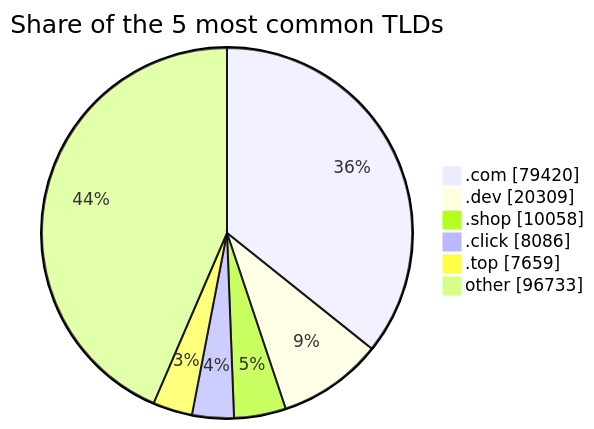
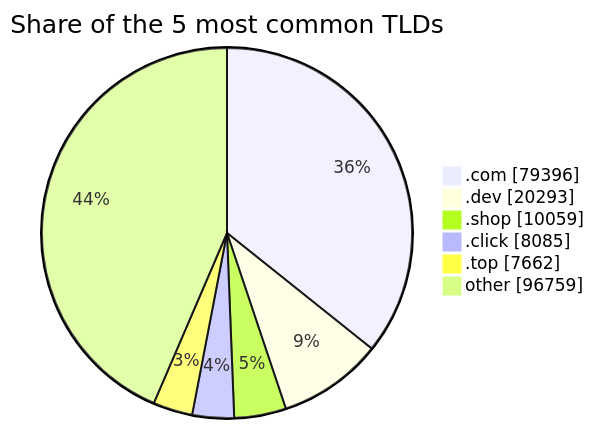
One commit to DNSBunker/CTI changed the third of 3 diagrams in README.md. Above: the diagram before and after it, drawn with Mermaid. The commit also changed other lines of this file and 3 other files, not shown here.

````diff
--- a/README.md
+++ b/README.md
@@ -81,9 +81,9 @@
 ```mermaid
 pie showData title Share of the 5 most common TLDs
-    ".com" : 79420
-    ".dev" : 20309
-    ".shop" : 10058
-    ".click" : 8086
-    ".top" : 7659
-    "other" : 96733
+    ".com" : 79396
+    ".dev" : 20293
+    ".shop" : 10059
+    ".click" : 8085
+    ".top" : 7662
+    "other" : 96759
 ```
````
